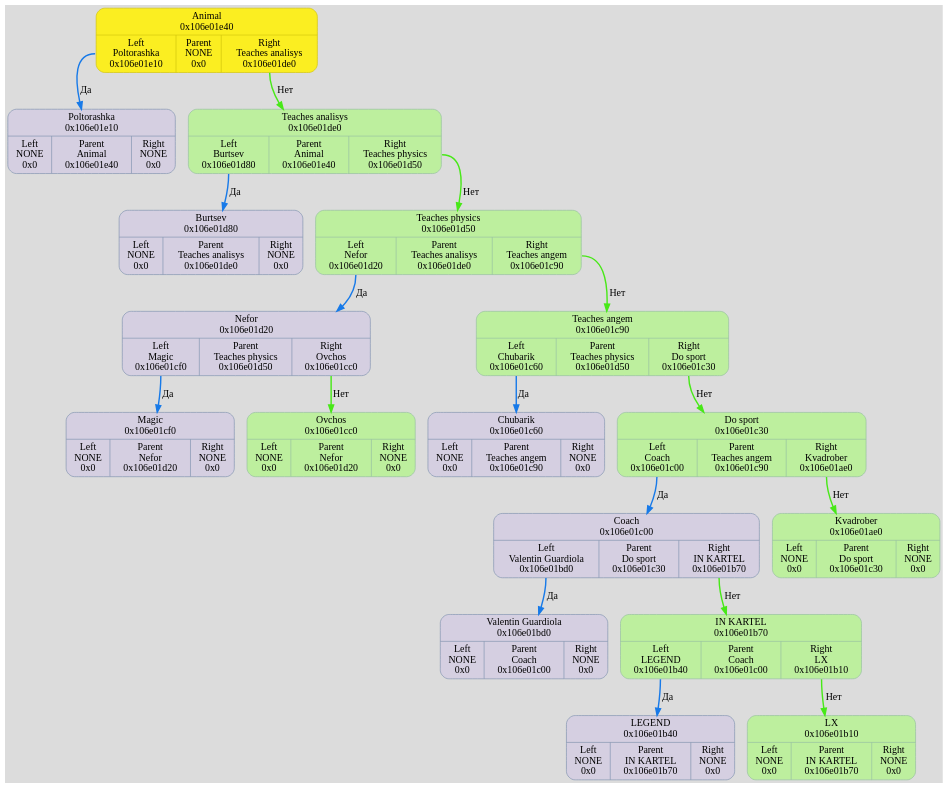
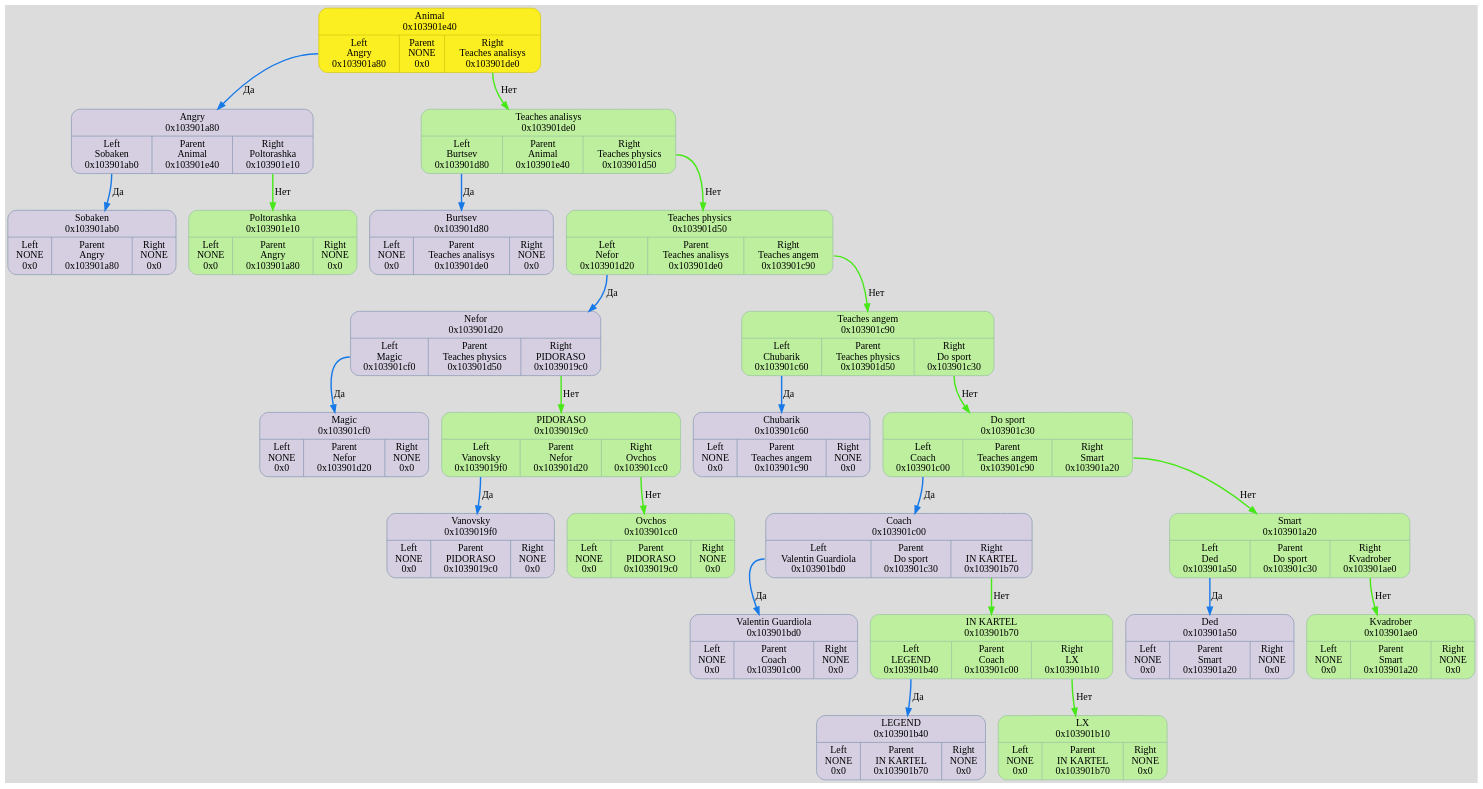
Before and after one commit to TolikRogov/Akinator: the diagram in dump/graph.dot, drawn with Graphviz. The commit also changed 35 other files, not shown here.

```diff
--- a/dump/graph.dot
+++ b/dump/graph.dot
@@ -2,45 +2,60 @@
 	fontname = "UbuntuMono";
 	bgcolor = "#DCDCDC";
 
-	node0x106e01e40 [ shape = Mrecord; style = filled; fillcolor = "#FBEE21"; color = "#D3C70D"; fontcolor = "#000000";label = " { Animal\n0x106e01e40 | { <left> Left\nPoltorashka\n0x106e01e10 | Parent\nNONE\n0x0 | <right> Right\nTeaches analisys\n0x106e01de0 } } ";  ];
-	node0x106e01e40:<left> -> node0x106e01e10 [ style = "bold"; color = "#187AE8"; label = "Да"; ];
-	node0x106e01e10 [ shape = Mrecord; style = filled; fillcolor = "#D5CFE1"; color = "#8797b2"; fontcolor = "#000000";label = " { Poltorashka\n0x106e01e10 | { <left> Left\nNONE\n0x0 | Parent\nAnimal\n0x106e01e40 | <right> Right\nNONE\n0x0 } } ";  ];
-	node0x106e01de0 [ shape = Mrecord; style = filled; fillcolor = "#D5CFE1"; color = "#8797b2"; fontcolor = "#000000";label = " { Teaches analisys\n0x106e01de0 | { <left> Left\nBurtsev\n0x106e01d80 | Parent\nAnimal\n0x106e01e40 | <right> Right\nTeaches physics\n0x106e01d50 } } ";  ];
-	node0x106e01de0:<left> -> node0x106e01d80 [ style = "bold"; color = "#187AE8"; label = "Да"; ];
-	node0x106e01d80 [ shape = Mrecord; style = filled; fillcolor = "#D5CFE1"; color = "#8797b2"; fontcolor = "#000000";label = " { Burtsev\n0x106e01d80 | { <left> Left\nNONE\n0x0 | Parent\nTeaches analisys\n0x106e01de0 | <right> Right\nNONE\n0x0 } } ";  ];
-	node0x106e01d50 [ shape = Mrecord; style = filled; fillcolor = "#D5CFE1"; color = "#8797b2"; fontcolor = "#000000";label = " { Teaches physics\n0x106e01d50 | { <left> Left\nNefor\n0x106e01d20 | Parent\nTeaches analisys\n0x106e01de0 | <right> Right\nTeaches angem\n0x106e01c90 } } ";  ];
-	node0x106e01d50:<left> -> node0x106e01d20 [ style = "bold"; color = "#187AE8"; label = "Да"; ];
-	node0x106e01d20 [ shape = Mrecord; style = filled; fillcolor = "#D5CFE1"; color = "#8797b2"; fontcolor = "#000000";label = " { Nefor\n0x106e01d20 | { <left> Left\nMagic\n0x106e01cf0 | Parent\nTeaches physics\n0x106e01d50 | <right> Right\nOvchos\n0x106e01cc0 } } ";  ];
-	node0x106e01d20:<left> -> node0x106e01cf0 [ style = "bold"; color = "#187AE8"; label = "Да"; ];
-	node0x106e01cf0 [ shape = Mrecord; style = filled; fillcolor = "#D5CFE1"; color = "#8797b2"; fontcolor = "#000000";label = " { Magic\n0x106e01cf0 | { <left> Left\nNONE\n0x0 | Parent\nNefor\n0x106e01d20 | <right> Right\nNONE\n0x0 } } ";  ];
-	node0x106e01cc0 [ shape = Mrecord; style = filled; fillcolor = "#D5CFE1"; color = "#8797b2"; fontcolor = "#000000";label = " { Ovchos\n0x106e01cc0 | { <left> Left\nNONE\n0x0 | Parent\nNefor\n0x106e01d20 | <right> Right\nNONE\n0x0 } } ";  ];
-	node0x106e01d20:<right> -> node0x106e01cc0 [ style = "bold"; color = "#48E818"; label = "Нет"; ];
-	node0x106e01cc0 [ fillcolor = "#BDEF9E"; color = "#99c2a2"; fontcolor = "#000000"; ];
-	node0x106e01c90 [ shape = Mrecord; style = filled; fillcolor = "#D5CFE1"; color = "#8797b2"; fontcolor = "#000000";label = " { Teaches angem\n0x106e01c90 | { <left> Left\nChubarik\n0x106e01c60 | Parent\nTeaches physics\n0x106e01d50 | <right> Right\nDo sport\n0x106e01c30 } } ";  ];
-	node0x106e01c90:<left> -> node0x106e01c60 [ style = "bold"; color = "#187AE8"; label = "Да"; ];
-	node0x106e01c60 [ shape = Mrecord; style = filled; fillcolor = "#D5CFE1"; color = "#8797b2"; fontcolor = "#000000";label = " { Chubarik\n0x106e01c60 | { <left> Left\nNONE\n0x0 | Parent\nTeaches angem\n0x106e01c90 | <right> Right\nNONE\n0x0 } } ";  ];
-	node0x106e01c30 [ shape = Mrecord; style = filled; fillcolor = "#D5CFE1"; color = "#8797b2"; fontcolor = "#000000";label = " { Do sport\n0x106e01c30 | { <left> Left\nCoach\n0x106e01c00 | Parent\nTeaches angem\n0x106e01c90 | <right> Right\nKvadrober\n0x106e01ae0 } } ";  ];
-	node0x106e01c30:<left> -> node0x106e01c00 [ style = "bold"; color = "#187AE8"; label = "Да"; ];
-	node0x106e01c00 [ shape = Mrecord; style = filled; fillcolor = "#D5CFE1"; color = "#8797b2"; fontcolor = "#000000";label = " { Coach\n0x106e01c00 | { <left> Left\nValentin Guardiola\n0x106e01bd0 | Parent\nDo sport\n0x106e01c30 | <right> Right\nIN KARTEL\n0x106e01b70 } } ";  ];
-	node0x106e01c00:<left> -> node0x106e01bd0 [ style = "bold"; color = "#187AE8"; label = "Да"; ];
-	node0x106e01bd0 [ shape = Mrecord; style = filled; fillcolor = "#D5CFE1"; color = "#8797b2"; fontcolor = "#000000";label = " { Valentin Guardiola\n0x106e01bd0 | { <left> Left\nNONE\n0x0 | Parent\nCoach\n0x106e01c00 | <right> Right\nNONE\n0x0 } } ";  ];
-	node0x106e01b70 [ shape = Mrecord; style = filled; fillcolor = "#D5CFE1"; color = "#8797b2"; fontcolor = "#000000";label = " { IN KARTEL\n0x106e01b70 | { <left> Left\nLEGEND\n0x106e01b40 | Parent\nCoach\n0x106e01c00 | <right> Right\nLX\n0x106e01b10 } } ";  ];
-	node0x106e01b70:<left> -> node0x106e01b40 [ style = "bold"; color = "#187AE8"; label = "Да"; ];
-	node0x106e01b40 [ shape = Mrecord; style = filled; fillcolor = "#D5CFE1"; color = "#8797b2"; fontcolor = "#000000";label = " { LEGEND\n0x106e01b40 | { <left> Left\nNONE\n0x0 | Parent\nIN KARTEL\n0x106e01b70 | <right> Right\nNONE\n0x0 } } ";  ];
-	node0x106e01b10 [ shape = Mrecord; style = filled; fillcolor = "#D5CFE1"; color = "#8797b2"; fontcolor = "#000000";label = " { LX\n0x106e01b10 | { <left> Left\nNONE\n0x0 | Parent\nIN KARTEL\n0x106e01b70 | <right> Right\nNONE\n0x0 } } ";  ];
-	node0x106e01b70:<right> -> node0x106e01b10 [ style = "bold"; color = "#48E818"; label = "Нет"; ];
-	node0x106e01b10 [ fillcolor = "#BDEF9E"; color = "#99c2a2"; fontcolor = "#000000"; ];
-	node0x106e01c00:<right> -> node0x106e01b70 [ style = "bold"; color = "#48E818"; label = "Нет"; ];
-	node0x106e01b70 [ fillcolor = "#BDEF9E"; color = "#99c2a2"; fontcolor = "#000000"; ];
-	node0x106e01ae0 [ shape = Mrecord; style = filled; fillcolor = "#D5CFE1"; color = "#8797b2"; fontcolor = "#000000";label = " { Kvadrober\n0x106e01ae0 | { <left> Left\nNONE\n0x0 | Parent\nDo sport\n0x106e01c30 | <right> Right\nNONE\n0x0 } } ";  ];
-	node0x106e01c30:<right> -> node0x106e01ae0 [ style = "bold"; color = "#48E818"; label = "Нет"; ];
-	node0x106e01ae0 [ fillcolor = "#BDEF9E"; color = "#99c2a2"; fontcolor = "#000000"; ];
-	node0x106e01c90:<right> -> node0x106e01c30 [ style = "bold"; color = "#48E818"; label = "Нет"; ];
-	node0x106e01c30 [ fillcolor = "#BDEF9E"; color = "#99c2a2"; fontcolor = "#000000"; ];
-	node0x106e01d50:<right> -> node0x106e01c90 [ style = "bold"; color = "#48E818"; label = "Нет"; ];
-	node0x106e01c90 [ fillcolor = "#BDEF9E"; color = "#99c2a2"; fontcolor = "#000000"; ];
-	node0x106e01de0:<right> -> node0x106e01d50 [ style = "bold"; color = "#48E818"; label = "Нет"; ];
-	node0x106e01d50 [ fillcolor = "#BDEF9E"; color = "#99c2a2"; fontcolor = "#000000"; ];
-	node0x106e01e40:<right> -> node0x106e01de0 [ style = "bold"; color = "#48E818"; label = "Нет"; ];
-	node0x106e01de0 [ fillcolor = "#BDEF9E"; color = "#99c2a2"; fontcolor = "#000000"; ];
+	node0x103901e40 [ shape = Mrecord; style = filled; fillcolor = "#FBEE21"; color = "#D3C70D"; fontcolor = "#000000";label = " { Animal\n0x103901e40 | { <left> Left\nAngry\n0x103901a80 | Parent\nNONE\n0x0 | <right> Right\nTeaches analisys\n0x103901de0 } } ";  ];
+	node0x103901e40:<left> -> node0x103901a80 [ style = "bold"; color = "#187AE8"; label = "Да"; ];
+	node0x103901a80 [ shape = Mrecord; style = filled; fillcolor = "#D5CFE1"; color = "#8797b2"; fontcolor = "#000000";label = " { Angry\n0x103901a80 | { <left> Left\nSobaken\n0x103901ab0 | Parent\nAnimal\n0x103901e40 | <right> Right\nPoltorashka\n0x103901e10 } } ";  ];
+	node0x103901a80:<left> -> node0x103901ab0 [ style = "bold"; color = "#187AE8"; label = "Да"; ];
+	node0x103901ab0 [ shape = Mrecord; style = filled; fillcolor = "#D5CFE1"; color = "#8797b2"; fontcolor = "#000000";label = " { Sobaken\n0x103901ab0 | { <left> Left\nNONE\n0x0 | Parent\nAngry\n0x103901a80 | <right> Right\nNONE\n0x0 } } ";  ];
+	node0x103901e10 [ shape = Mrecord; style = filled; fillcolor = "#D5CFE1"; color = "#8797b2"; fontcolor = "#000000";label = " { Poltorashka\n0x103901e10 | { <left> Left\nNONE\n0x0 | Parent\nAngry\n0x103901a80 | <right> Right\nNONE\n0x0 } } ";  ];
+	node0x103901a80:<right> -> node0x103901e10 [ style = "bold"; color = "#48E818"; label = "Нет"; ];
+	node0x103901e10 [ fillcolor = "#BDEF9E"; color = "#99c2a2"; fontcolor = "#000000"; ];
+	node0x103901de0 [ shape = Mrecord; style = filled; fillcolor = "#D5CFE1"; color = "#8797b2"; fontcolor = "#000000";label = " { Teaches analisys\n0x103901de0 | { <left> Left\nBurtsev\n0x103901d80 | Parent\nAnimal\n0x103901e40 | <right> Right\nTeaches physics\n0x103901d50 } } ";  ];
+	node0x103901de0:<left> -> node0x103901d80 [ style = "bold"; color = "#187AE8"; label = "Да"; ];
+	node0x103901d80 [ shape = Mrecord; style = filled; fillcolor = "#D5CFE1"; color = "#8797b2"; fontcolor = "#000000";label = " { Burtsev\n0x103901d80 | { <left> Left\nNONE\n0x0 | Parent\nTeaches analisys\n0x103901de0 | <right> Right\nNONE\n0x0 } } ";  ];
+	node0x103901d50 [ shape = Mrecord; style = filled; fillcolor = "#D5CFE1"; color = "#8797b2"; fontcolor = "#000000";label = " { Teaches physics\n0x103901d50 | { <left> Left\nNefor\n0x103901d20 | Parent\nTeaches analisys\n0x103901de0 | <right> Right\nTeaches angem\n0x103901c90 } } ";  ];
+	node0x103901d50:<left> -> node0x103901d20 [ style = "bold"; color = "#187AE8"; label = "Да"; ];
+	node0x103901d20 [ shape = Mrecord; style = filled; fillcolor = "#D5CFE1"; color = "#8797b2"; fontcolor = "#000000";label = " { Nefor\n0x103901d20 | { <left> Left\nMagic\n0x103901cf0 | Parent\nTeaches physics\n0x103901d50 | <right> Right\nPIDORASO\n0x1039019c0 } } ";  ];
+	node0x103901d20:<left> -> node0x103901cf0 [ style = "bold"; color = "#187AE8"; label = "Да"; ];
+	node0x103901cf0 [ shape = Mrecord; style = filled; fillcolor = "#D5CFE1"; color = "#8797b2"; fontcolor = "#000000";label = " { Magic\n0x103901cf0 | { <left> Left\nNONE\n0x0 | Parent\nNefor\n0x103901d20 | <right> Right\nNONE\n0x0 } } ";  ];
+	node0x1039019c0 [ shape = Mrecord; style = filled; fillcolor = "#D5CFE1"; color = "#8797b2"; fontcolor = "#000000";label = " { PIDORASO\n0x1039019c0 | { <left> Left\nVanovsky\n0x1039019f0 | Parent\nNefor\n0x103901d20 | <right> Right\nOvchos\n0x103901cc0 } } ";  ];
+	node0x1039019c0:<left> -> node0x1039019f0 [ style = "bold"; color = "#187AE8"; label = "Да"; ];
+	node0x1039019f0 [ shape = Mrecord; style = filled; fillcolor = "#D5CFE1"; color = "#8797b2"; fontcolor = "#000000";label = " { Vanovsky\n0x1039019f0 | { <left> Left\nNONE\n0x0 | Parent\nPIDORASO\n0x1039019c0 | <right> Right\nNONE\n0x0 } } ";  ];
+	node0x103901cc0 [ shape = Mrecord; style = filled; fillcolor = "#D5CFE1"; color = "#8797b2"; fontcolor = "#000000";label = " { Ovchos\n0x103901cc0 | { <left> Left\nNONE\n0x0 | Parent\nPIDORASO\n0x1039019c0 | <right> Right\nNONE\n0x0 } } ";  ];
+	node0x1039019c0:<right> -> node0x103901cc0 [ style = "bold"; color = "#48E818"; label = "Нет"; ];
+	node0x103901cc0 [ fillcolor = "#BDEF9E"; color = "#99c2a2"; fontcolor = "#000000"; ];
+	node0x103901d20:<right> -> node0x1039019c0 [ style = "bold"; color = "#48E818"; label = "Нет"; ];
+	node0x1039019c0 [ fillcolor = "#BDEF9E"; color = "#99c2a2"; fontcolor = "#000000"; ];
+	node0x103901c90 [ shape = Mrecord; style = filled; fillcolor = "#D5CFE1"; color = "#8797b2"; fontcolor = "#000000";label = " { Teaches angem\n0x103901c90 | { <left> Left\nChubarik\n0x103901c60 | Parent\nTeaches physics\n0x103901d50 | <right> Right\nDo sport\n0x103901c30 } } ";  ];
+	node0x103901c90:<left> -> node0x103901c60 [ style = "bold"; color = "#187AE8"; label = "Да"; ];
+	node0x103901c60 [ shape = Mrecord; style = filled; fillcolor = "#D5CFE1"; color = "#8797b2"; fontcolor = "#000000";label = " { Chubarik\n0x103901c60 | { <left> Left\nNONE\n0x0 | Parent\nTeaches angem\n0x103901c90 | <right> Right\nNONE\n0x0 } } ";  ];
+	node0x103901c30 [ shape = Mrecord; style = filled; fillcolor = "#D5CFE1"; color = "#8797b2"; fontcolor = "#000000";label = " { Do sport\n0x103901c30 | { <left> Left\nCoach\n0x103901c00 | Parent\nTeaches angem\n0x103901c90 | <right> Right\nSmart\n0x103901a20 } } ";  ];
+	node0x103901c30:<left> -> node0x103901c00 [ style = "bold"; color = "#187AE8"; label = "Да"; ];
+	node0x103901c00 [ shape = Mrecord; style = filled; fillcolor = "#D5CFE1"; color = "#8797b2"; fontcolor = "#000000";label = " { Coach\n0x103901c00 | { <left> Left\nValentin Guardiola\n0x103901bd0 | Parent\nDo sport\n0x103901c30 | <right> Right\nIN KARTEL\n0x103901b70 } } ";  ];
+	node0x103901c00:<left> -> node0x103901bd0 [ style = "bold"; color = "#187AE8"; label = "Да"; ];
+	node0x103901bd0 [ shape = Mrecord; style = filled; fillcolor = "#D5CFE1"; color = "#8797b2"; fontcolor = "#000000";label = " { Valentin Guardiola\n0x103901bd0 | { <left> Left\nNONE\n0x0 | Parent\nCoach\n0x103901c00 | <right> Right\nNONE\n0x0 } } ";  ];
+	node0x103901b70 [ shape = Mrecord; style = filled; fillcolor = "#D5CFE1"; color = "#8797b2"; fontcolor = "#000000";label = " { IN KARTEL\n0x103901b70 | { <left> Left\nLEGEND\n0x103901b40 | Parent\nCoach\n0x103901c00 | <right> Right\nLX\n0x103901b10 } } ";  ];
+	node0x103901b70:<left> -> node0x103901b40 [ style = "bold"; color = "#187AE8"; label = "Да"; ];
+	node0x103901b40 [ shape = Mrecord; style = filled; fillcolor = "#D5CFE1"; color = "#8797b2"; fontcolor = "#000000";label = " { LEGEND\n0x103901b40 | { <left> Left\nNONE\n0x0 | Parent\nIN KARTEL\n0x103901b70 | <right> Right\nNONE\n0x0 } } ";  ];
+	node0x103901b10 [ shape = Mrecord; style = filled; fillcolor = "#D5CFE1"; color = "#8797b2"; fontcolor = "#000000";label = " { LX\n0x103901b10 | { <left> Left\nNONE\n0x0 | Parent\nIN KARTEL\n0x103901b70 | <right> Right\nNONE\n0x0 } } ";  ];
+	node0x103901b70:<right> -> node0x103901b10 [ style = "bold"; color = "#48E818"; label = "Нет"; ];
+	node0x103901b10 [ fillcolor = "#BDEF9E"; color = "#99c2a2"; fontcolor = "#000000"; ];
+	node0x103901c00:<right> -> node0x103901b70 [ style = "bold"; color = "#48E818"; label = "Нет"; ];
+	node0x103901b70 [ fillcolor = "#BDEF9E"; color = "#99c2a2"; fontcolor = "#000000"; ];
+	node0x103901a20 [ shape = Mrecord; style = filled; fillcolor = "#D5CFE1"; color = "#8797b2"; fontcolor = "#000000";label = " { Smart\n0x103901a20 | { <left> Left\nDed\n0x103901a50 | Parent\nDo sport\n0x103901c30 | <right> Right\nKvadrober\n0x103901ae0 } } ";  ];
+	node0x103901a20:<left> -> node0x103901a50 [ style = "bold"; color = "#187AE8"; label = "Да"; ];
+	node0x103901a50 [ shape = Mrecord; style = filled; fillcolor = "#D5CFE1"; color = "#8797b2"; fontcolor = "#000000";label = " { Ded\n0x103901a50 | { <left> Left\nNONE\n0x0 | Parent\nSmart\n0x103901a20 | <right> Right\nNONE\n0x0 } } ";  ];
+	node0x103901ae0 [ shape = Mrecord; style = filled; fillcolor = "#D5CFE1"; color = "#8797b2"; fontcolor = "#000000";label = " { Kvadrober\n0x103901ae0 | { <left> Left\nNONE\n0x0 | Parent\nSmart\n0x103901a20 | <right> Right\nNONE\n0x0 } } ";  ];
+	node0x103901a20:<right> -> node0x103901ae0 [ style = "bold"; color = "#48E818"; label = "Нет"; ];
+	node0x103901ae0 [ fillcolor = "#BDEF9E"; color = "#99c2a2"; fontcolor = "#000000"; ];
+	node0x103901c30:<right> -> node0x103901a20 [ style = "bold"; color = "#48E818"; label = "Нет"; ];
+	node0x103901a20 [ fillcolor = "#BDEF9E"; color = "#99c2a2"; fontcolor = "#000000"; ];
+	node0x103901c90:<right> -> node0x103901c30 [ style = "bold"; color = "#48E818"; label = "Нет"; ];
+	node0x103901c30 [ fillcolor = "#BDEF9E"; color = "#99c2a2"; fontcolor = "#000000"; ];
+	node0x103901d50:<right> -> node0x103901c90 [ style = "bold"; color = "#48E818"; label = "Нет"; ];
+	node0x103901c90 [ fillcolor = "#BDEF9E"; color = "#99c2a2"; fontcolor = "#000000"; ];
+	node0x103901de0:<right> -> node0x103901d50 [ style = "bold"; color = "#48E818"; label = "Нет"; ];
+	node0x103901d50 [ fillcolor = "#BDEF9E"; color = "#99c2a2"; fontcolor = "#000000"; ];
+	node0x103901e40:<right> -> node0x103901de0 [ style = "bold"; color = "#48E818"; label = "Нет"; ];
+	node0x103901de0 [ fillcolor = "#BDEF9E"; color = "#99c2a2"; fontcolor = "#000000"; ];
 }
```
